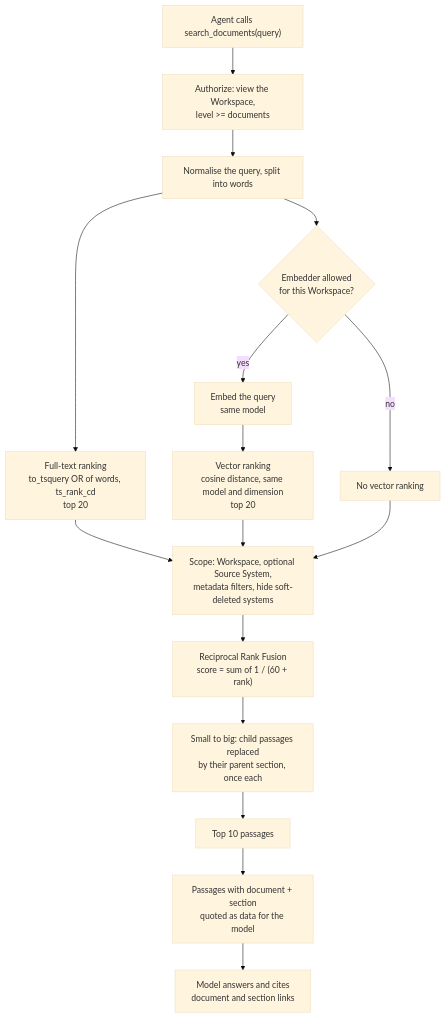
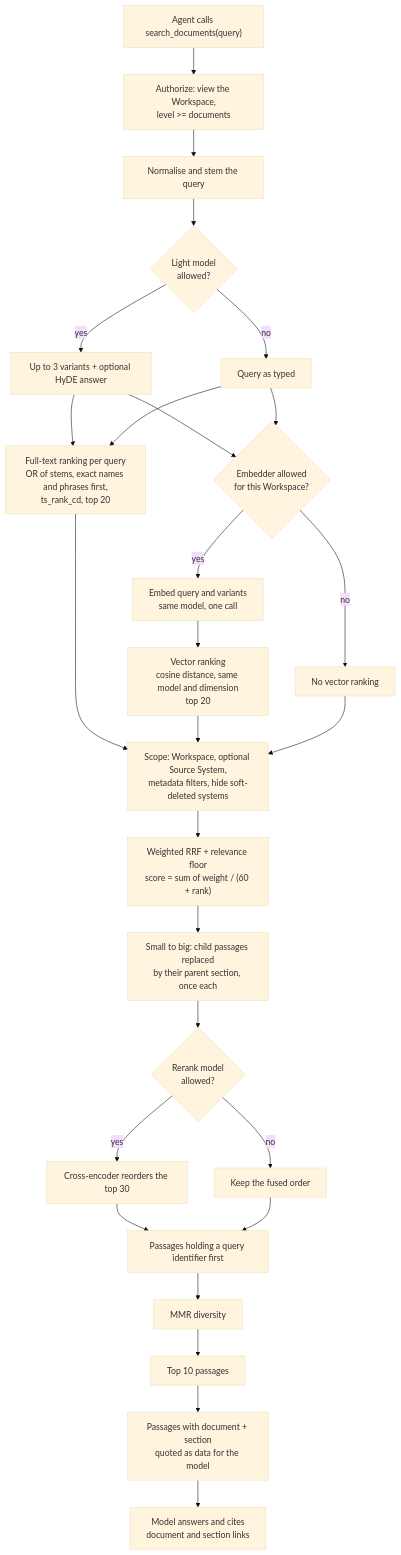
Diagram 12 of 13 in docs/ai-architecture.md (EslamAlaaZaki/dawam), drawn with Mermaid (base theme) before and after one commit. The commit also changed other lines of this file and 1 other file, not shown here.

````diff
--- a/docs/ai-architecture.md
+++ b/docs/ai-architecture.md
@@ -696,16 +704,24 @@
 ```mermaid
 flowchart TD
     Q["Agent calls search_documents(query)"] --> AZ["Authorize: view the Workspace,<br/>level >= documents"]
-    AZ --> N["Normalise the query, split into words"]
-    N --> FT["Full-text ranking<br/>to_tsquery OR of words, ts_rank_cd<br/>top 20"]
-    N --> EQ{"Embedder allowed<br/>for this Workspace?"}
+    AZ --> N["Normalise and stem the query"]
+    N --> RW{"Light model<br/>allowed?"}
+    RW -->|yes| VAR["Up to 3 variants + optional HyDE answer"]
+    RW -->|no| ASIS["Query as typed"]
+    VAR & ASIS --> FT["Full-text ranking per query<br/>OR of stems, exact names and phrases first,<br/>ts_rank_cd, top 20"]
+    VAR & ASIS --> EQ{"Embedder allowed<br/>for this Workspace?"}
     EQ -->|no| SKIP["No vector ranking"]
-    EQ -->|yes| QE["Embed the query<br/>same model"]
+    EQ -->|yes| QE["Embed query and variants<br/>same model, one call"]
     QE --> VR["Vector ranking<br/>cosine distance, same model and dimension<br/>top 20"]
     FT & VR & SKIP --> SC["Scope: Workspace, optional Source System,<br/>metadata filters, hide soft-deleted systems"]
-    SC --> RRF["Reciprocal Rank Fusion<br/>score = sum of 1 / (60 + rank)"]
+    SC --> RRF["Weighted RRF + relevance floor<br/>score = sum of weight / (60 + rank)"]
     RRF --> PAR["Small to big: child passages replaced<br/>by their parent section, once each"]
-    PAR --> TOP["Top 10 passages"]
+    PAR --> RR{"Rerank model<br/>allowed?"}
+    RR -->|yes| RK["Cross-encoder reorders the top 30"]
+    RR -->|no| KEEP["Keep the fused order"]
+    RK & KEEP --> EX["Passages holding a query identifier first"]
+    EX --> MMR["MMR diversity"]
+    MMR --> TOP["Top 10 passages"]
     TOP --> OUT["Passages with document + section<br/>quoted as data for the model"]
     OUT --> ANS["Model answers and cites<br/>document and section links"]
 ```
````
